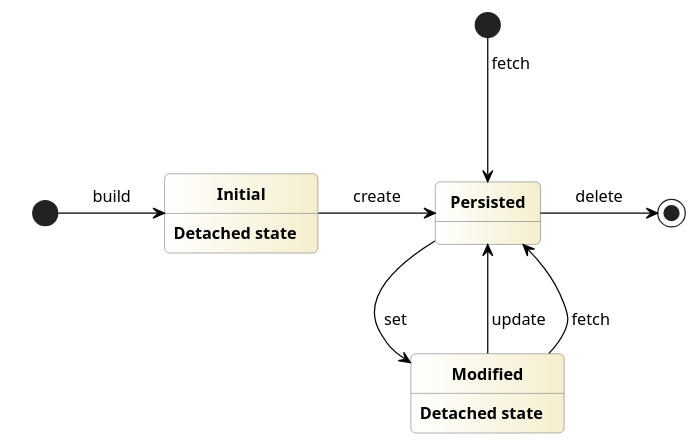
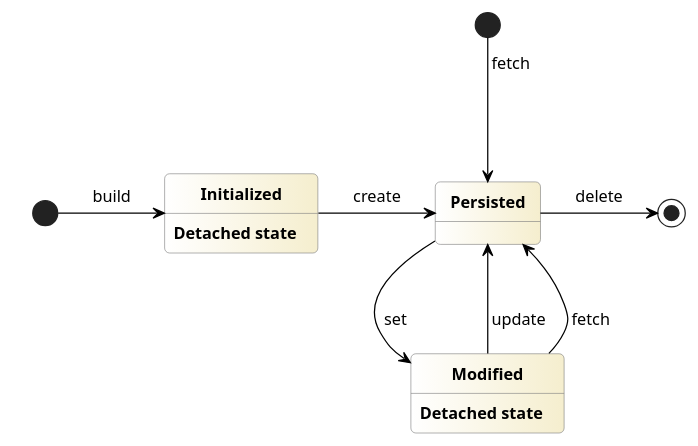
One commit to BlackBeltTechnology/judo-meta-jsl changed the diagram in docs/pages/07_transfer.adoc. Above: the diagram before and after it, drawn with PlantUML. The commit also changed other lines of this file, not shown here.

```diff
--- a/docs/pages/07_transfer.adoc
+++ b/docs/pages/07_transfer.adoc
@@ -334,43 +334,42 @@
 [plantuml, target=diagram-classes, format=png]
 ....
 @startuml lifecycle
 skinparam nodesep 50
 skinparam ranksep 10
 skinparam shadowing false
 
 skinparam padding 2
 skinparam roundCorner 8
 
 skinparam state {
     FontColor<<White>> white
     BackgroundColor<<White>> white
     BorderColor<<White>> white
 
     BackgroundColor white|#f5eece
     BorderColor #grey
     ArrowColor #black
     FontSize 13
     FontStyle bold
 }
 
 state Persisted
 state Modified
 
 state Start <<White>> {
-    [*] -right-> Initial : build
-    state Initial
+    [*] -right-> Initialized : build
+    state Initialized : Detached state
 }
 
 
 [*] -down-> Persisted : fetch
-Initial -right-> Persisted : create
+Initialized -right-> Persisted : create
 Persisted ---> Modified : set
 Modified ---> Persisted : update
 Modified ---> Persisted : fetch
 Persisted -right-> [*] : delete
 
-Initial: Detached state
 Modified: Detached state
 
 @enduml
 ....
```
